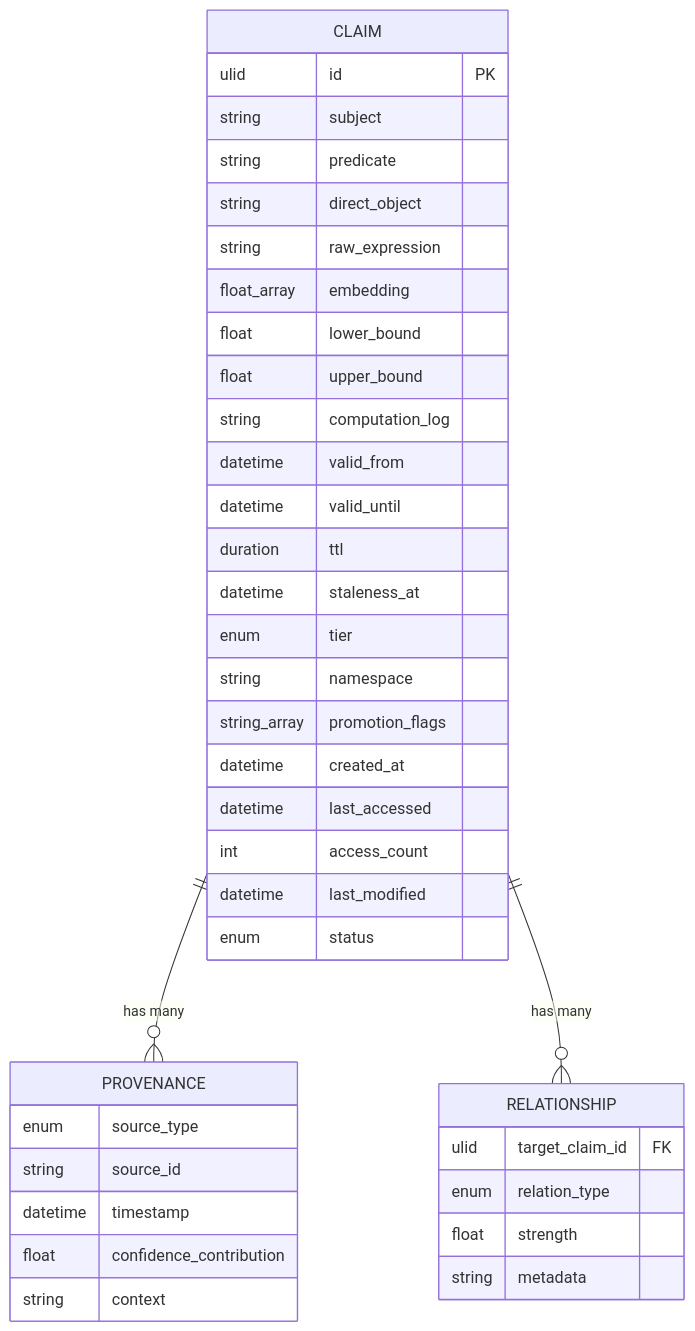
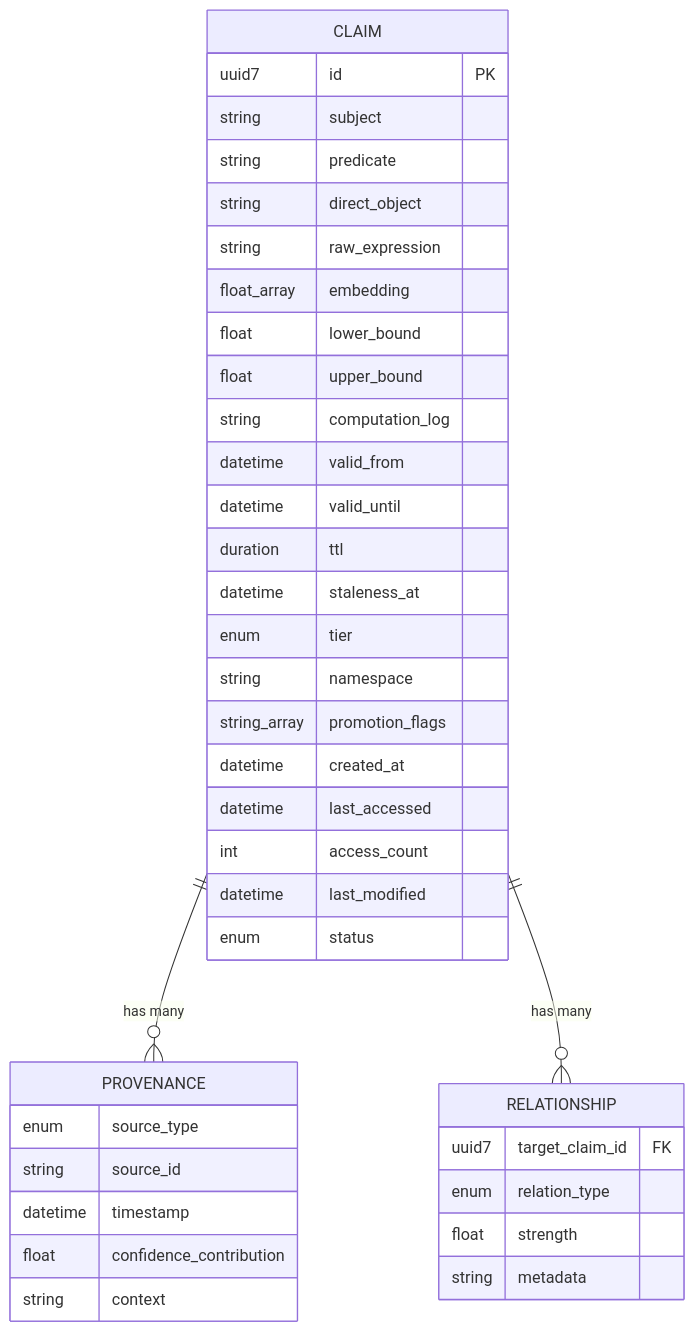
The first of 6 diagrams in docs/architecture/02-claim-model.md (JDRay42/Boswell), drawn with Mermaid before and after one commit. The commit also changed 9 other files, not shown here.

````diff
--- a/docs/architecture/02-claim-model.md
+++ b/docs/architecture/02-claim-model.md
@@ -9,41 +9,41 @@
 ```mermaid
 erDiagram
     CLAIM ||--o{ PROVENANCE : "has many"
     CLAIM ||--o{ RELATIONSHIP : "has many"
     CLAIM {
-        ulid id PK
+        uuid7 id PK
         string subject
         string predicate
         string direct_object
         string raw_expression
         float_array embedding
         float lower_bound
         float upper_bound
         string computation_log
         datetime valid_from
         datetime valid_until
         duration ttl
         datetime staleness_at
         enum tier
         string namespace
         string_array promotion_flags
         datetime created_at
         datetime last_accessed
         int access_count
         datetime last_modified
         enum status
     }
     PROVENANCE {
         enum source_type
         string source_id
         datetime timestamp
         float confidence_contribution
         string context
     }
     RELATIONSHIP {
-        ulid target_claim_id FK
+        uuid7 target_claim_id FK
         enum relation_type
         float strength
         string metadata
     }
 ```
````
